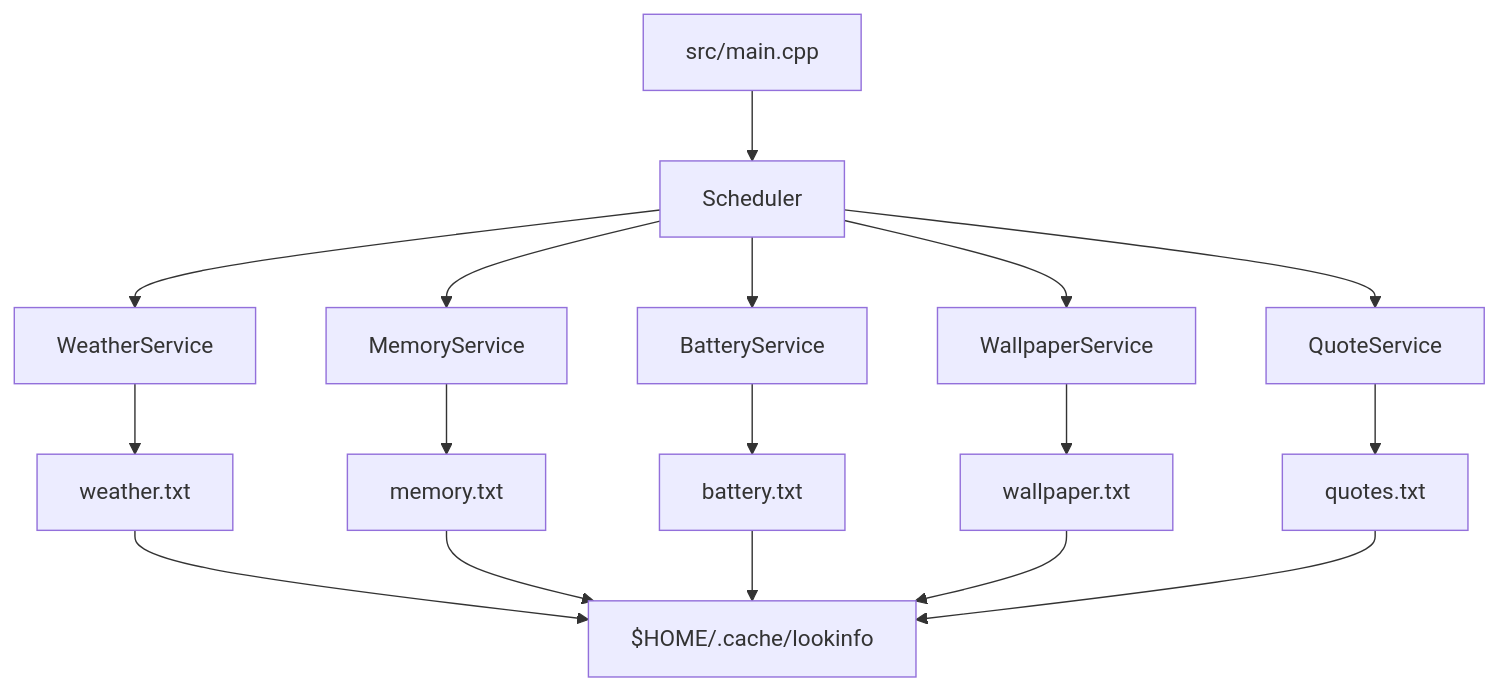
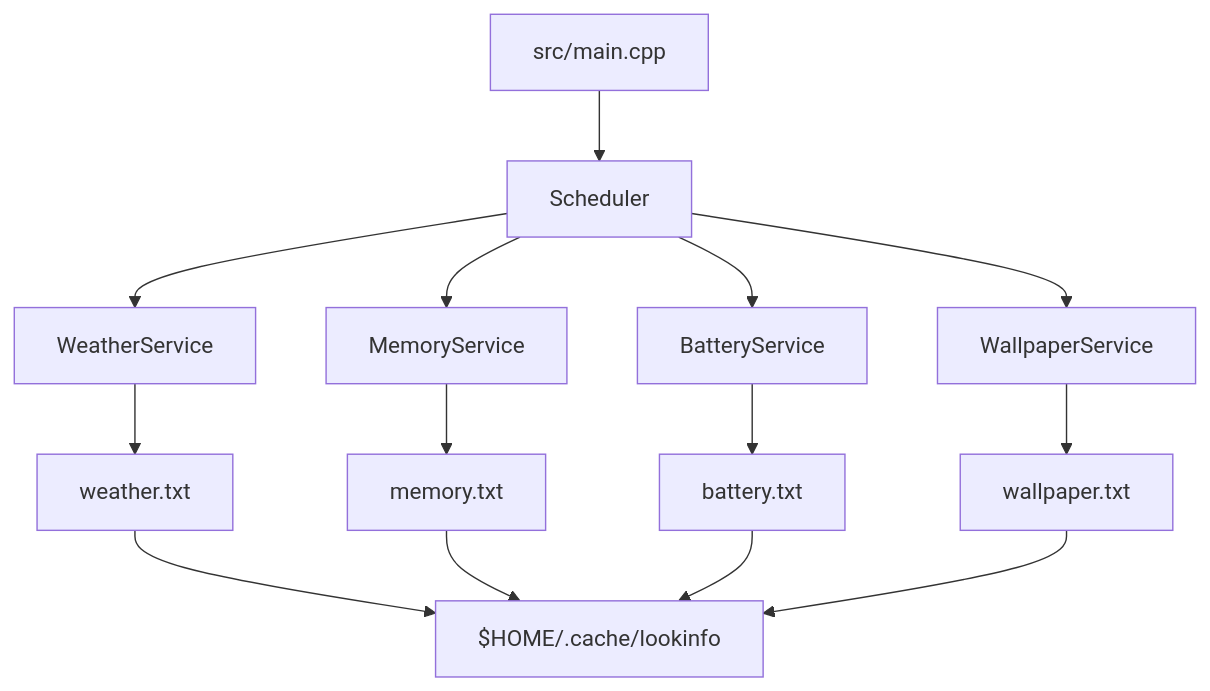
The first of 2 diagrams in README.md (KagE-Akumaa/lookinfo), drawn with Mermaid before and after one commit. The commit also changed other lines of this file, not shown here.

````diff
--- a/README.md
+++ b/README.md
@@ -45,21 +47,18 @@
 ```mermaid
 flowchart TD
     Main[src/main.cpp] --> Scheduler
     Scheduler --> Weather[WeatherService]
     Scheduler --> Memory[MemoryService]
     Scheduler --> Battery[BatteryService]
     Scheduler --> Wallpaper[WallpaperService]
-    Scheduler --> Quote[QuoteService]
 
     Weather --> WeatherFile[weather.txt]
     Memory --> MemoryFile[memory.txt]
     Battery --> BatteryFile[battery.txt]
     Wallpaper --> WallpaperFile[wallpaper.txt]
-    Quote --> QuoteFile[quotes.txt]
 
     WeatherFile --> Cache[$HOME/.cache/lookinfo]
     MemoryFile --> Cache
     BatteryFile --> Cache
     WallpaperFile --> Cache
-    QuoteFile --> Cache
 ```
````
